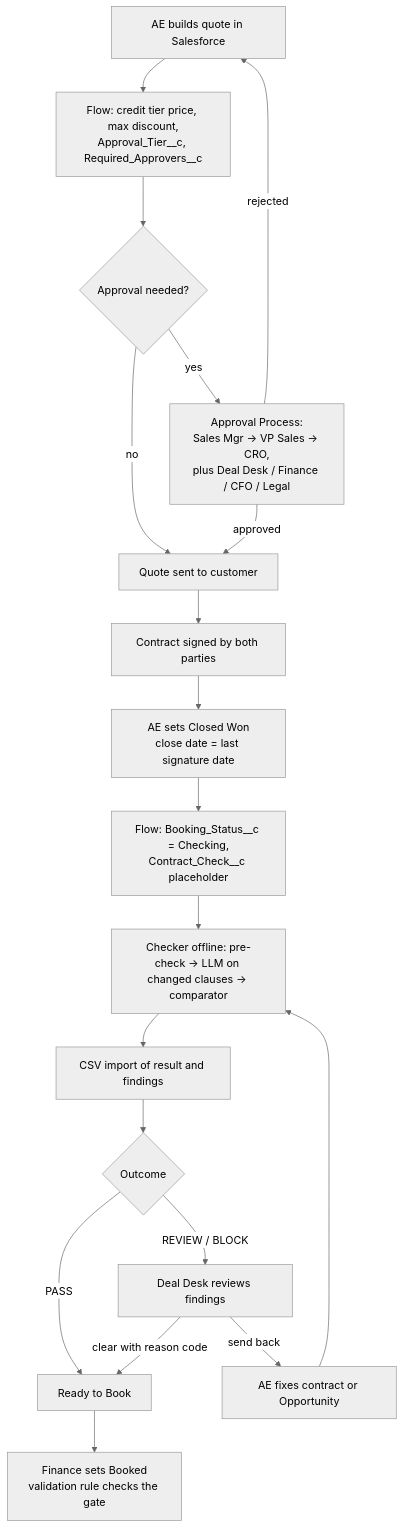
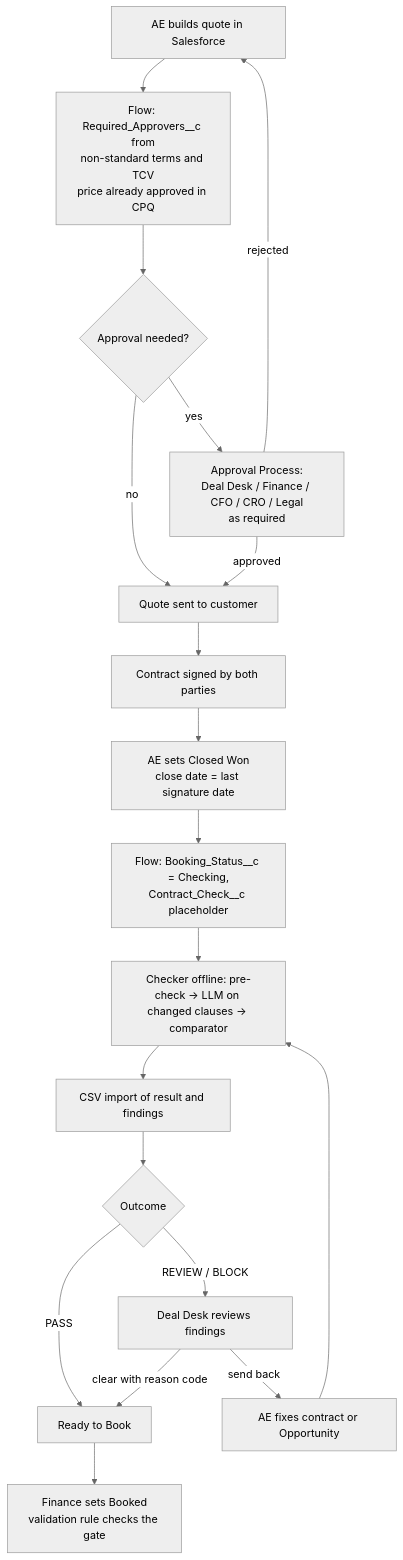
One commit to raduteodoriu-stack/deal-desk-check changed the diagram in docs/cards/DD-001_scope.md. Above: the diagram before and after it, drawn with Mermaid (neutral theme). The commit also changed other lines of this file and 19 other files, not shown here.

First line of the commit message:
Rules v1.3: price approvals to CPQ, N-13 bonus credits; DD-003 detail

````diff
--- a/docs/cards/DD-001_scope.md
+++ b/docs/cards/DD-001_scope.md
@@ -53,20 +53,20 @@
 ```mermaid
 flowchart TD
-  A[AE builds quote in Salesforce] --> B[Flow: credit tier price, max discount,<br/>Approval_Tier__c, Required_Approvers__c]
+  A[AE builds quote in Salesforce] --> B[Flow: Required_Approvers__c from<br/>non-standard terms and TCV<br/>price already approved in CPQ]
   B --> C{Approval needed?}
   C -- no --> E[Quote sent to customer]
-  C -- yes --> D[Approval Process:<br/>Sales Mgr → VP Sales → CRO,<br/>plus Deal Desk / Finance / CFO / Legal]
+  C -- yes --> D[Approval Process:<br/>Deal Desk / Finance / CFO / CRO / Legal<br/>as required]
   D -- approved --> E
   D -- rejected --> A
   E --> F[Contract signed by both parties]
   F --> G[AE sets Closed Won<br/>close date = last signature date]
   G --> H[Flow: Booking_Status__c = Checking,<br/>Contract_Check__c placeholder]
   H --> I[Checker offline: pre-check → LLM on changed clauses → comparator]
   I --> J[CSV import of result and findings]
   J --> K{Outcome}
   K -- PASS --> L[Ready to Book]
   K -- REVIEW / BLOCK --> M[Deal Desk reviews findings]
   M -- clear with reason code --> L
   M -- send back --> N[AE fixes contract or Opportunity] --> I
   L --> O[Finance sets Booked<br/>validation rule checks the gate]
 ```
````
